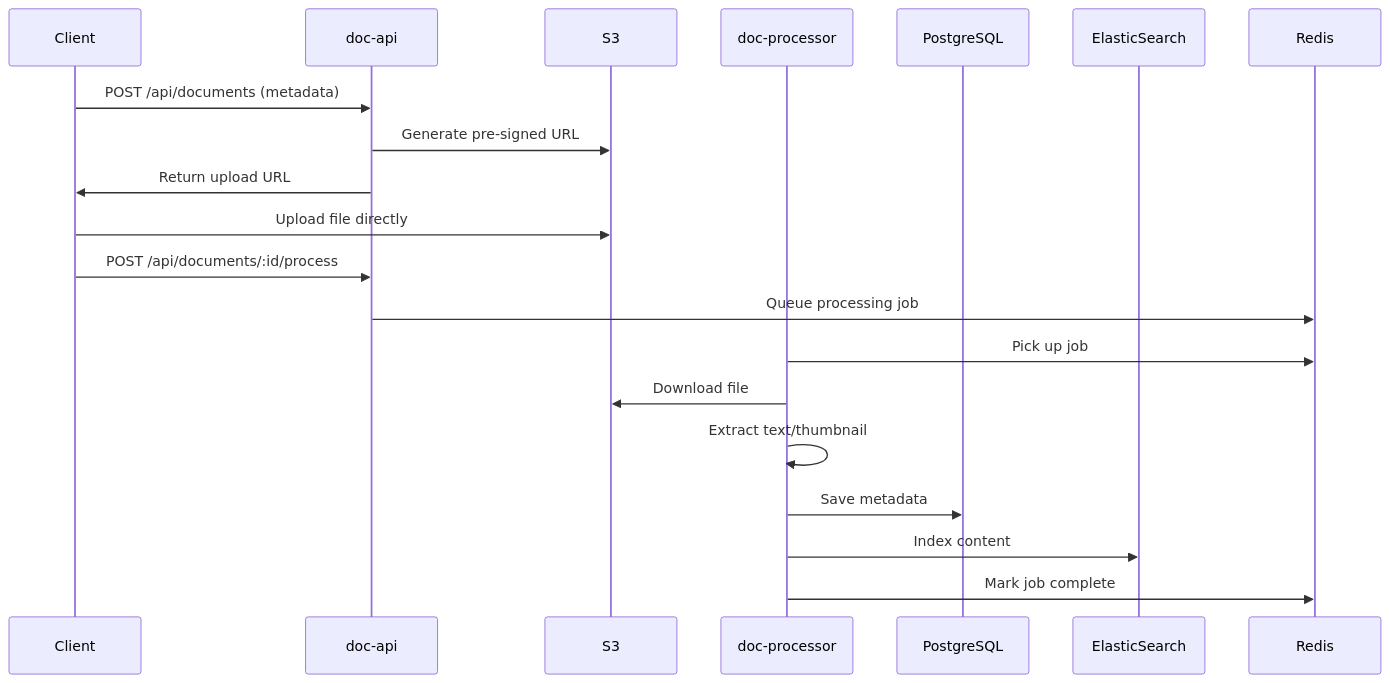
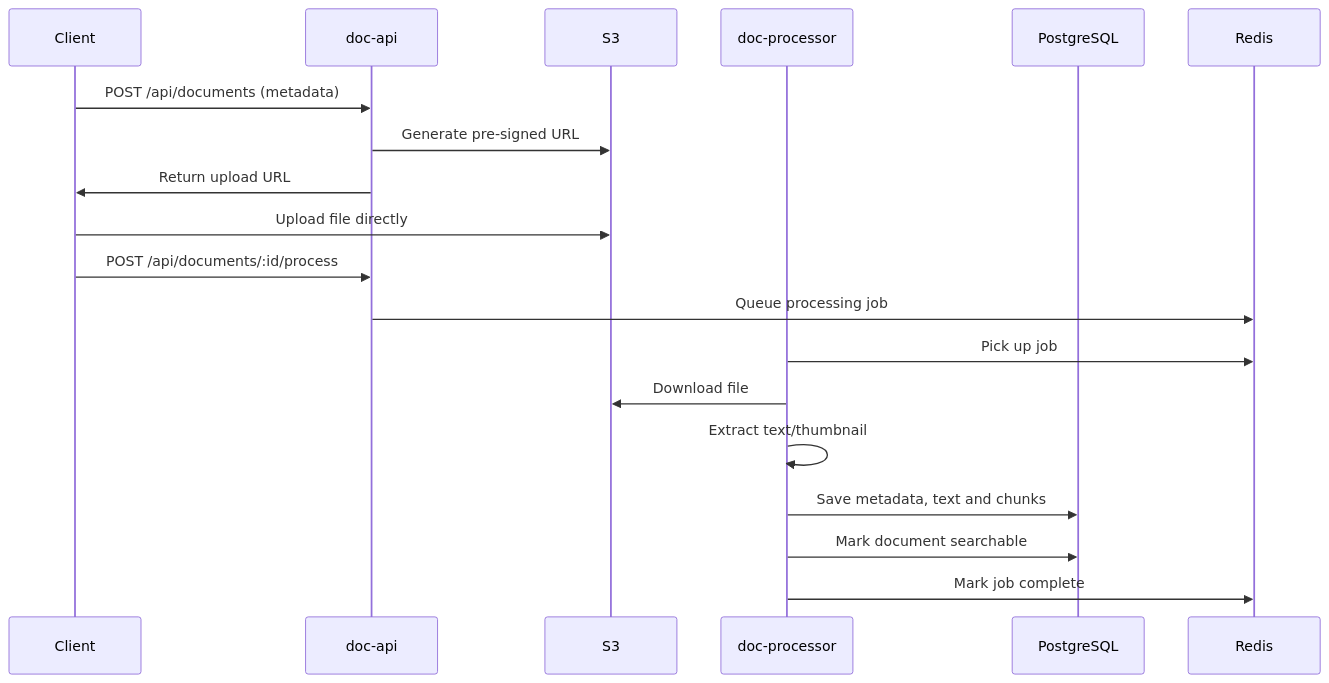
The first of 3 diagrams in apps/docs/codex/architecture.md (joelmale/nexusVTT), drawn with Mermaid before and after one commit. The commit also changed other lines of this file and 87 other files, not shown here.

````diff
--- a/apps/docs/codex/architecture.md
+++ b/apps/docs/codex/architecture.md
@@ -110,22 +109,21 @@
 ```mermaid
 sequenceDiagram
     participant Client
     participant doc-api
     participant S3
     participant doc-processor
     participant PostgreSQL
-    participant ElasticSearch
 
     Client->>doc-api: POST /api/documents (metadata)
     doc-api->>S3: Generate pre-signed URL
     doc-api->>Client: Return upload URL
     Client->>S3: Upload file directly
     Client->>doc-api: POST /api/documents/:id/process
     doc-api->>Redis: Queue processing job
     doc-processor->>Redis: Pick up job
     doc-processor->>S3: Download file
     doc-processor->>doc-processor: Extract text/thumbnail
-    doc-processor->>PostgreSQL: Save metadata
-    doc-processor->>ElasticSearch: Index content
+    doc-processor->>PostgreSQL: Save metadata, text and chunks
+    doc-processor->>PostgreSQL: Mark document searchable
     doc-processor->>Redis: Mark job complete
 ```
````
